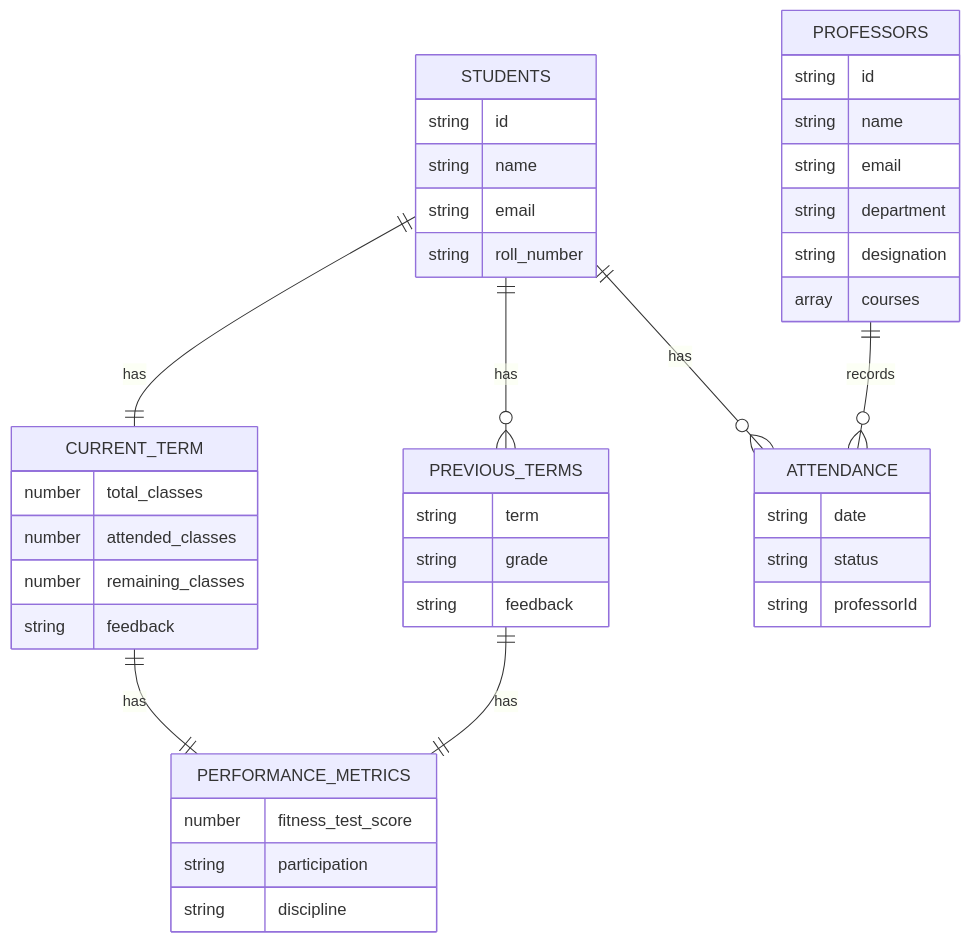
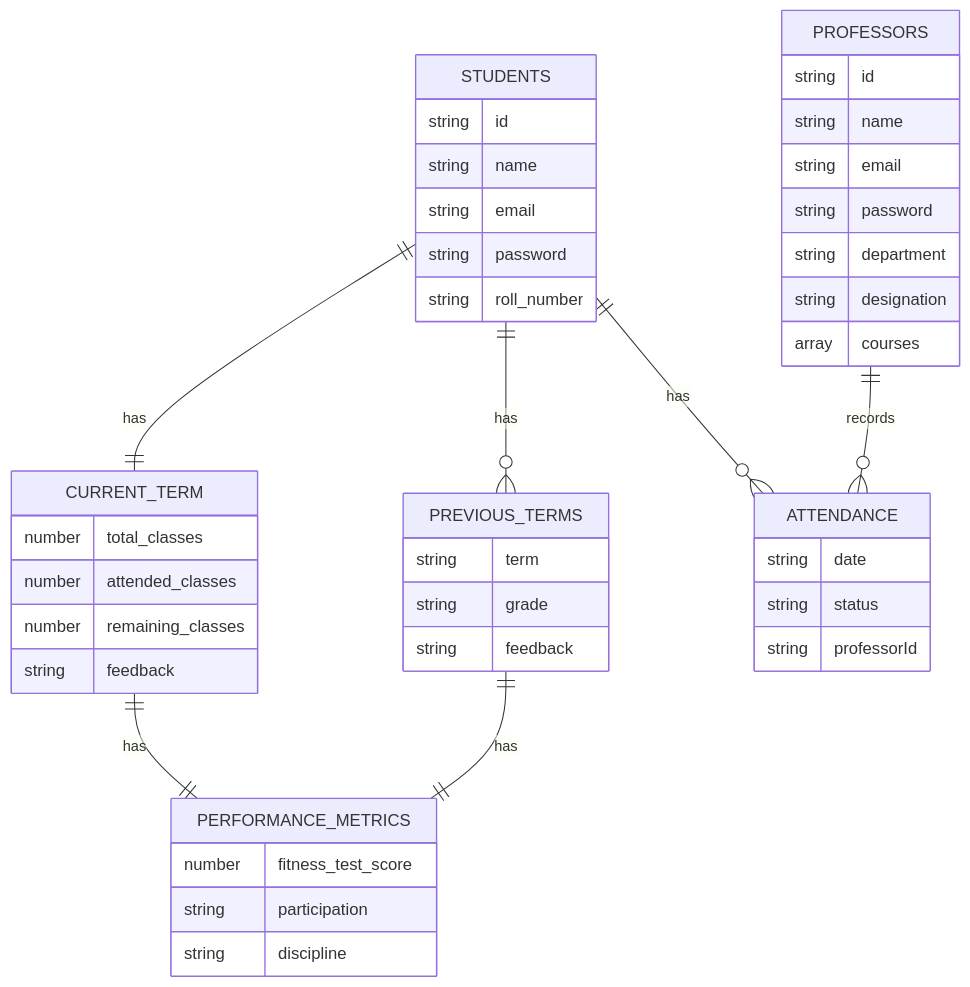
The fifth of 5 diagrams in documentation.md (srisrihari/PEP-App-Demo-), drawn with Mermaid before and after one commit. The commit also changed other lines of this file and 3 other files, not shown here.

````diff
--- a/documentation.md
+++ b/documentation.md
@@ -315,45 +381,47 @@
 ```mermaid
 erDiagram
     STUDENTS {
         string id
         string name
         string email
+        string password
         string roll_number
     }
     CURRENT_TERM {
         number total_classes
         number attended_classes
         number remaining_classes
         string feedback
     }
     PERFORMANCE_METRICS {
         number fitness_test_score
         string participation
         string discipline
     }
     PREVIOUS_TERMS {
         string term
         string grade
         string feedback
     }
     ATTENDANCE {
         string date
         string status
         string professorId
     }
     PROFESSORS {
         string id
         string name
         string email
+        string password
         string department
         string designation
         array courses
     }
     
     STUDENTS ||--o{ ATTENDANCE : has
     STUDENTS ||--|| CURRENT_TERM : has
     STUDENTS ||--o{ PREVIOUS_TERMS : has
     CURRENT_TERM ||--|| PERFORMANCE_METRICS : has
     PREVIOUS_TERMS ||--|| PERFORMANCE_METRICS : has
     PROFESSORS ||--o{ ATTENDANCE : records
 ```
````
